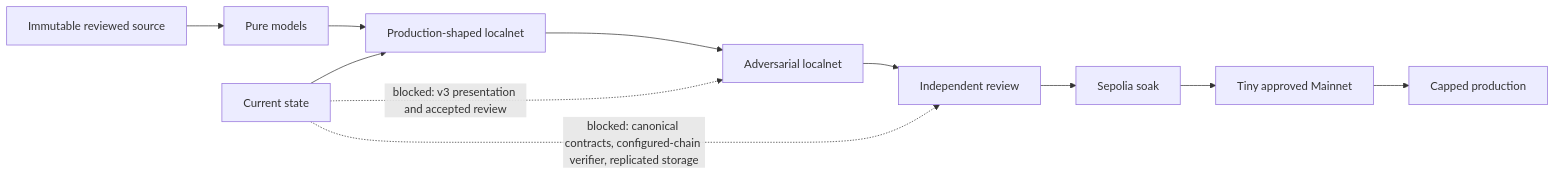
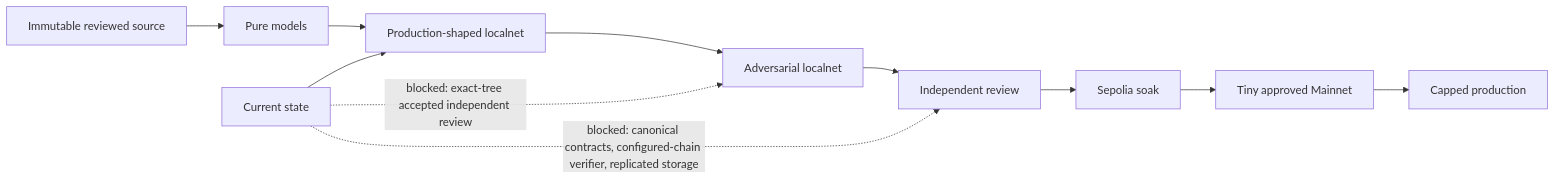
The tenth of 10 diagrams in docs/APP20_PROCESS_DIAGRAMS.md (gstohl/app20), drawn with Mermaid before and after one commit. The commit also changed other lines of this file and 48 other files, not shown here.

````diff
--- a/docs/APP20_PROCESS_DIAGRAMS.md
+++ b/docs/APP20_PROCESS_DIAGRAMS.md
@@ -248,14 +258,14 @@
 ```mermaid
 flowchart LR
     P0[Immutable reviewed source] --> P1[Pure models]
     P1 --> P2[Production-shaped localnet]
     P2 --> P3[Adversarial localnet]
     P3 --> P4[Independent review]
     P4 --> P5[Sepolia soak]
     P5 --> P6[Tiny approved Mainnet]
     P6 --> P7[Capped production]
 
     D[Current state] --> P2
-    D -. blocked: v3 presentation and accepted review .-> P3
+    D -. blocked: exact-tree accepted independent review .-> P3
     D -. blocked: canonical contracts, configured-chain verifier, replicated storage .-> P4
 ```
````
